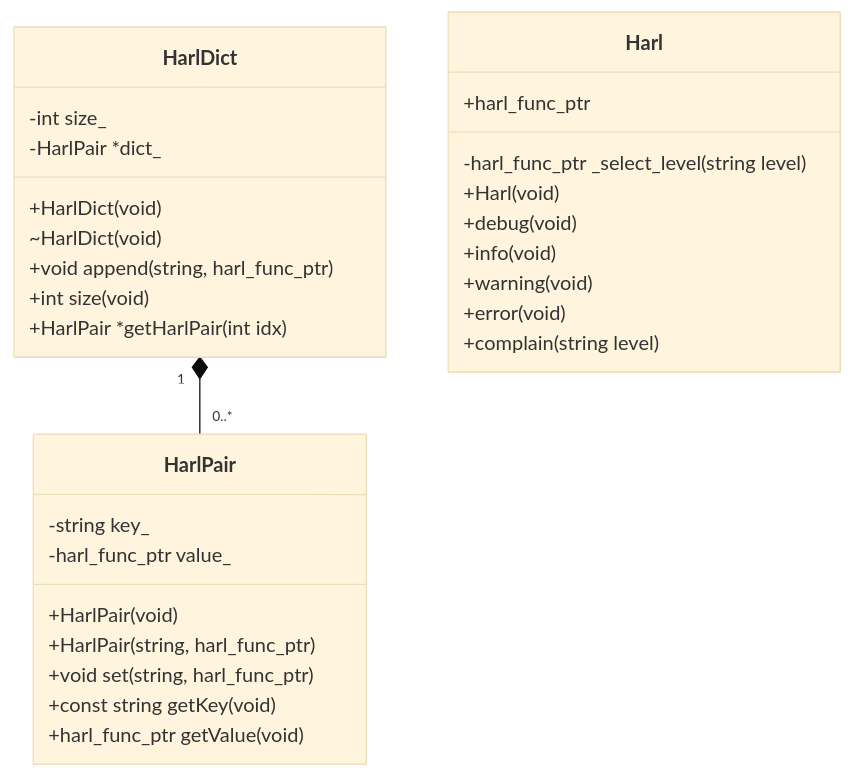
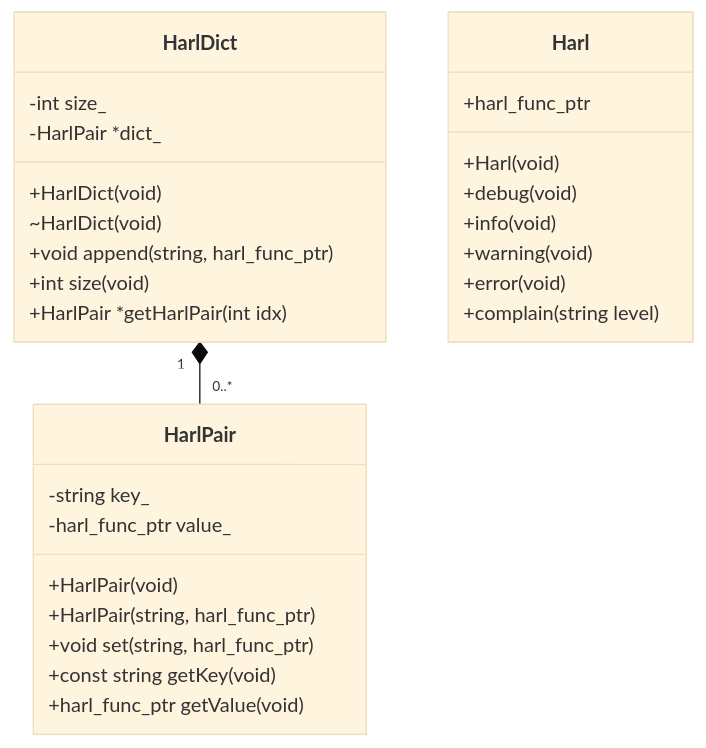
One commit to rikeda-cloud/cpp changed the diagram in cpp01/ex05/asset/class_diagram.md. Above: the diagram before and after it, drawn with Mermaid (base theme). The commit also changed 3 other files, not shown here.

````diff
--- a/cpp01/ex05/asset/class_diagram.md
+++ b/cpp01/ex05/asset/class_diagram.md
@@ -1,39 +1,38 @@
 ```mermaid
 classDiagram
 
 HARLDICT "1" *-- "0..*" HARLPAIR
 
 class HARL["Harl"] {
     +harl_func_ptr
 
-    -harl_func_ptr  _select_level(string level)
     +Harl(void)
     +debug(void)
     +info(void)
     +warning(void)
     +error(void)
     +complain(string level)
 }
 
 class HARLPAIR["HarlPair"] {
     -string         key_
     -harl_func_ptr  value_
 
     +HarlPair(void)
     +HarlPair(string, harl_func_ptr)
     +void    set(string, harl_func_ptr)
     +const string   getKey(void)
     +harl_func_ptr  getValue(void)
 }
 
 class HARLDICT["HarlDict"] {
     -int        size_
     -HarlPair   *dict_
 
     +HarlDict(void)
     ~HarlDict(void)
     +void        append(string, harl_func_ptr)
     +int         size(void)
     +HarlPair    *getHarlPair(int idx)
 }
 ```
````
